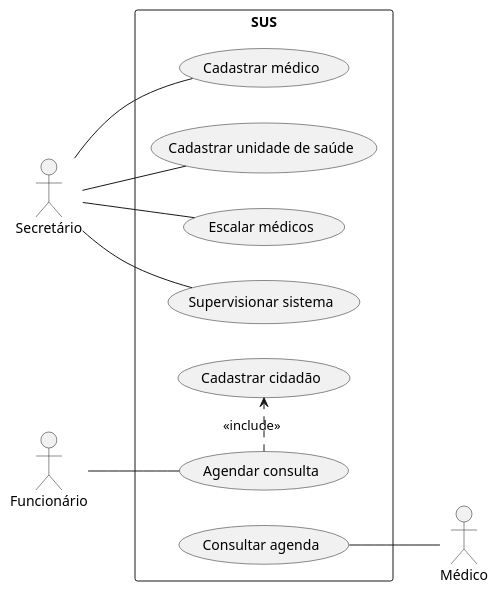
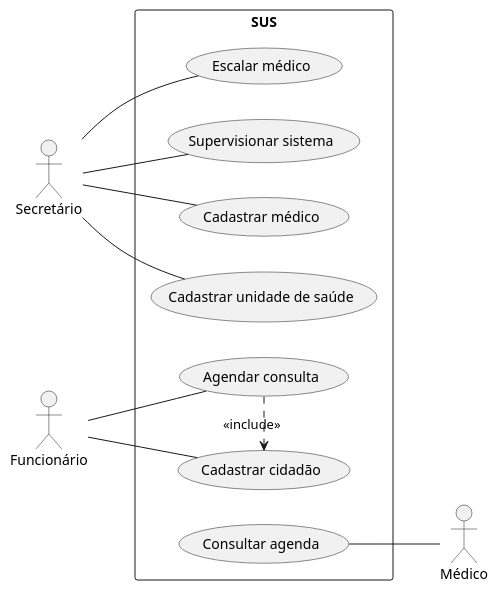
Before and after one commit to hmccl/uml-sistema-saude: the diagram in diag-caso-uso.puml, drawn with PlantUML.

Commit message:
Funcionário é ator em cadastro

```diff
--- a/diag-caso-uso.puml
+++ b/diag-caso-uso.puml
@@ -1,21 +1,22 @@
 @startuml
 
 left to right direction
 
 skinparam packageStyle rectangle
 
 actor Secretário
 actor Funcionário
 actor Médico
 
 rectangle SUS {
   Secretário -- (Cadastrar médico)
   Secretário -- (Cadastrar unidade de saúde)
-  Secretário -- (Escalar médicos)
+  Secretário -- (Escalar médico)
   Secretário -- (Supervisionar sistema)
   (Consultar agenda) -- Médico
+  Funcionário -- (Cadastrar cidadão)
   Funcionário -- (Agendar consulta)
   (Agendar consulta) .> (Cadastrar cidadão) : <<include>>
 }
 
 @enduml
```
